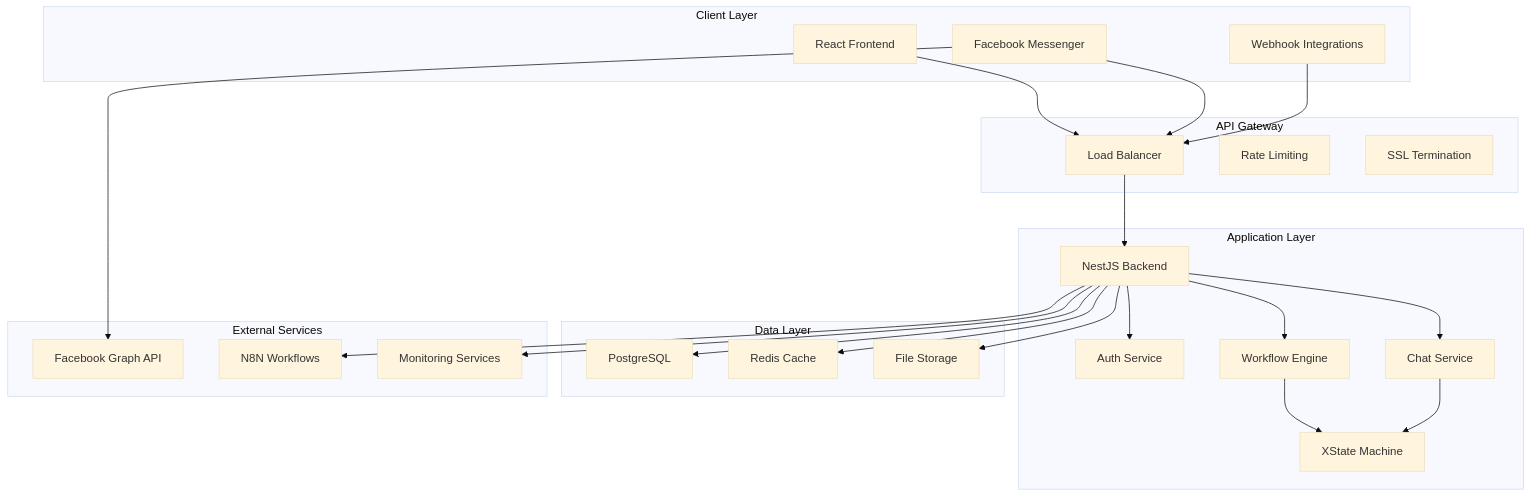
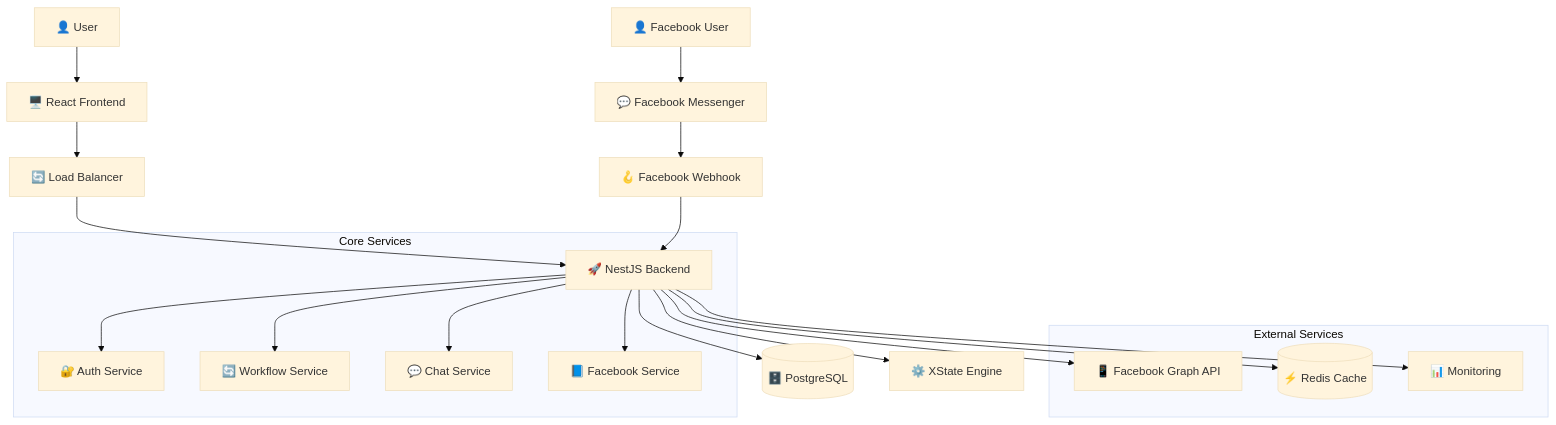
Before and after one commit to dat-j/last-hope: the first of 5 diagrams in docs/SYSTEM_ARCHITECTURE.md, drawn with Mermaid (base theme). The commit also changed other lines of this file and 9 other files, not shown here.

````diff
--- a/docs/SYSTEM_ARCHITECTURE.md
+++ b/docs/SYSTEM_ARCHITECTURE.md
@@ -5,50 +11,31 @@
 ```mermaid
 graph TB
-    subgraph "Client Layer"
-        A[React Frontend]
-        B[Facebook Messenger]
-        C[Webhook Integrations]
-    end
+    User[👤 User] --> Frontend[🖥️ React Frontend]
+    FB_User[👤 Facebook User] --> FB_Messenger[💬 Facebook Messenger]
     
-    subgraph "API Gateway"
-        D[Load Balancer]
-        E[Rate Limiting]
-        F[SSL Termination]
-    end
+    Frontend --> LB[🔄 Load Balancer]
+    FB_Messenger --> FB_Webhook[🪝 Facebook Webhook]
     
-    subgraph "Application Layer"
-        G[NestJS Backend]
-        H[Auth Service]
-        I[Workflow Engine]
-        J[Chat Service]
-        K[XState Machine]
-    end
+    LB --> Backend[🚀 NestJS Backend]
+    FB_Webhook --> Backend
     
-    subgraph "Data Layer"
-        L[PostgreSQL]
-        M[Redis Cache]
-        N[File Storage]
+    Backend --> DB[(🗄️ PostgreSQL)]
+    Backend --> XState[⚙️ XState Engine]
+    Backend --> FB_API[📱 Facebook Graph API]
+    
+    subgraph "Core Services"
+        Backend --> Auth[🔐 Auth Service]
+        Backend --> Workflow[🔄 Workflow Service]
+        Backend --> Chat[💬 Chat Service]
+        Backend --> Facebook[📘 Facebook Service]
     end
     
     subgraph "External Services"
-        O[Facebook Graph API]
-        P[N8N Workflows]
-        Q[Monitoring Services]
+        FB_API
+        Redis[(⚡ Redis Cache)]
+        Monitoring[📊 Monitoring]
     end
     
-    A --> D
-    B --> D
-    C --> D
-    D --> G
-    G --> H
-    G --> I
-    G --> J
-    I --> K
-    J --> K
-    G --> L
-    G --> M
-    G --> N
-    B --> O
-    G --> P
-    G --> Q
+    Backend --> Redis
+    Backend --> Monitoring
 ```
````
